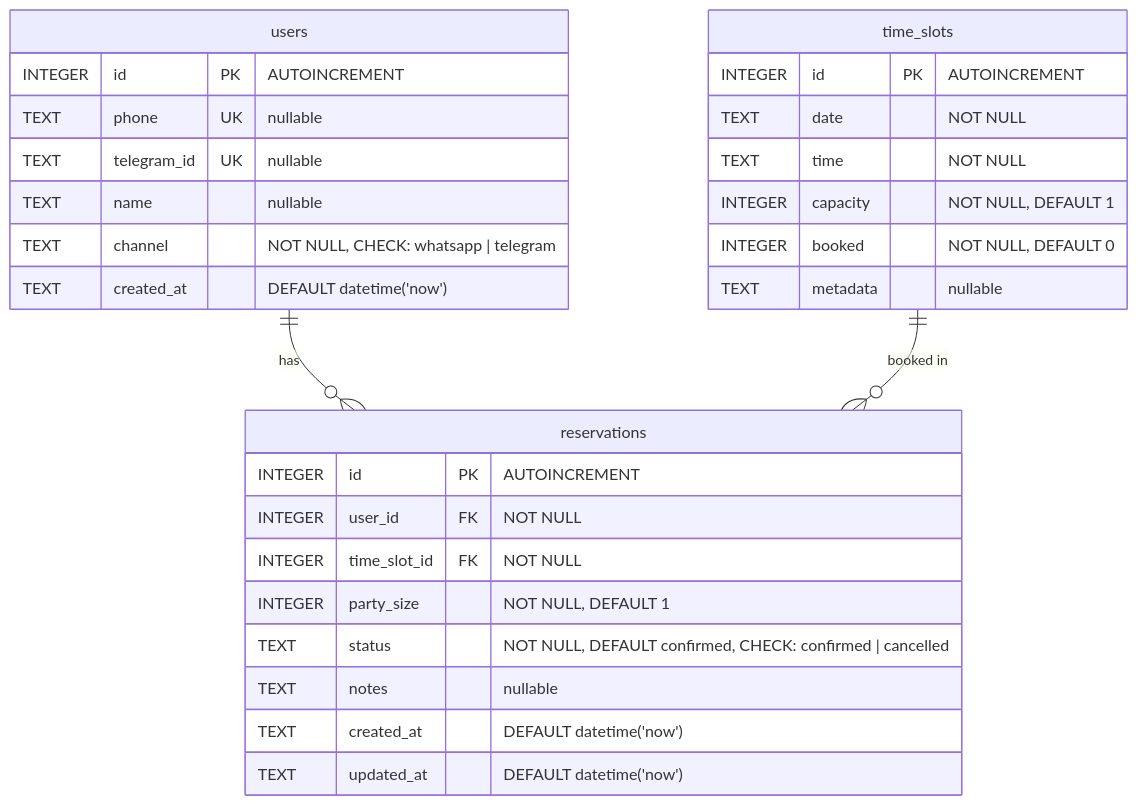
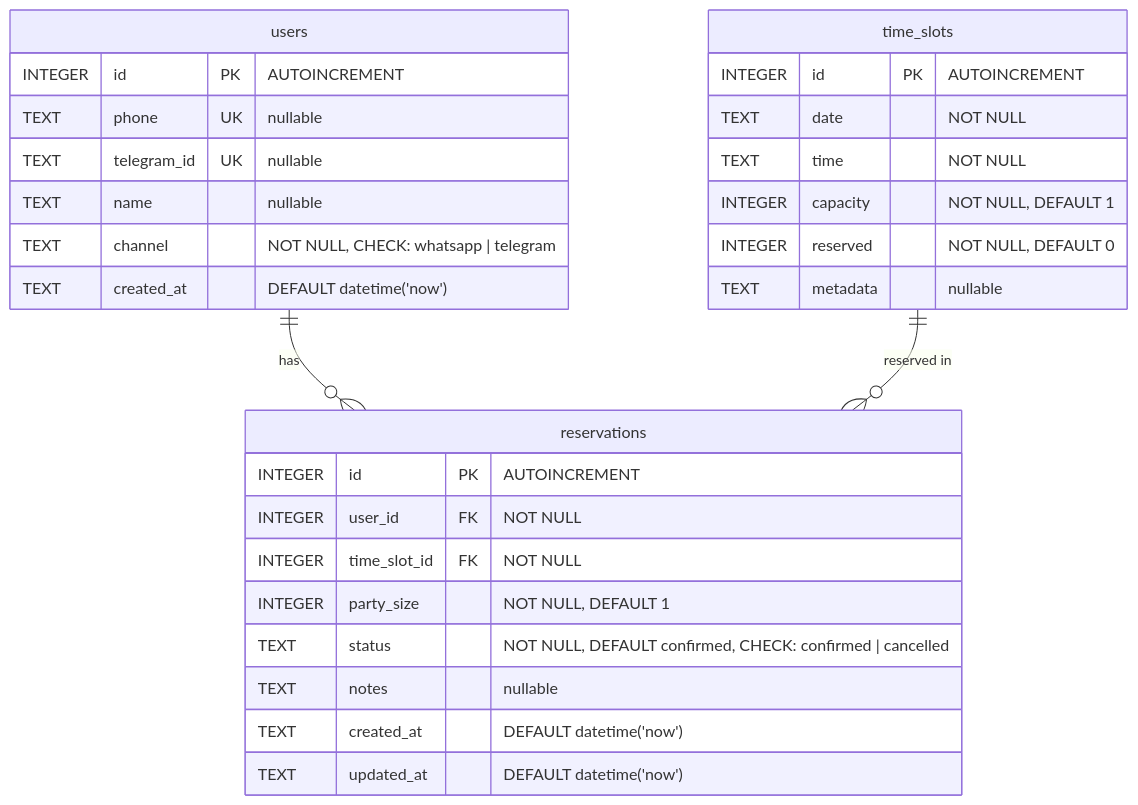
Before and after one commit to ccarcaci/rsvr: the second of 3 diagrams in architecture/20260302_general_architecture.md, drawn with Mermaid. The commit also changed other lines of this file and 40 other files, not shown here.

````diff
--- a/architecture/20260302_general_architecture.md
+++ b/architecture/20260302_general_architecture.md
@@ -145,34 +145,34 @@
 ```mermaid
 erDiagram
     users {
         INTEGER id PK "AUTOINCREMENT"
         TEXT phone UK "nullable"
         TEXT telegram_id UK "nullable"
         TEXT name "nullable"
         TEXT channel "NOT NULL, CHECK: whatsapp | telegram"
         TEXT created_at "DEFAULT datetime('now')"
     }
 
     time_slots {
         INTEGER id PK "AUTOINCREMENT"
         TEXT date "NOT NULL"
         TEXT time "NOT NULL"
         INTEGER capacity "NOT NULL, DEFAULT 1"
-        INTEGER booked "NOT NULL, DEFAULT 0"
+        INTEGER reserved "NOT NULL, DEFAULT 0"
         TEXT metadata "nullable"
     }
 
     reservations {
         INTEGER id PK "AUTOINCREMENT"
         INTEGER user_id FK "NOT NULL"
         INTEGER time_slot_id FK "NOT NULL"
         INTEGER party_size "NOT NULL, DEFAULT 1"
         TEXT status "NOT NULL, DEFAULT confirmed, CHECK: confirmed | cancelled"
         TEXT notes "nullable"
         TEXT created_at "DEFAULT datetime('now')"
         TEXT updated_at "DEFAULT datetime('now')"
     }
 
     users ||--o{ reservations : "has"
-    time_slots ||--o{ reservations : "booked in"
+    time_slots ||--o{ reservations : "reserved in"
 ```
````
